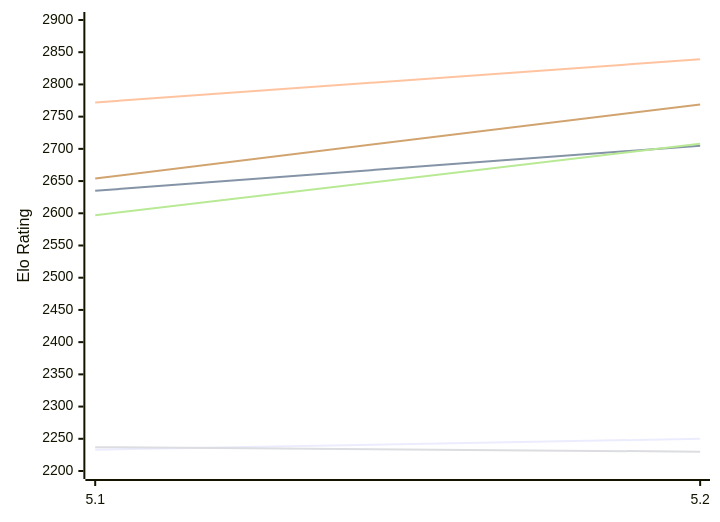
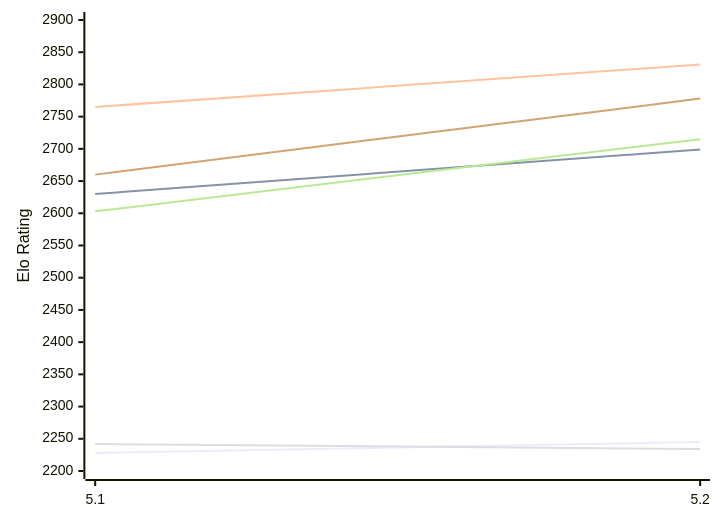
One commit to computer-chess-index/cci changed the first of 2 diagrams in engines/Dorky.md. Above: the diagram before and after it, drawn with Mermaid. The commit also changed other lines of this file, not shown here.

Commit message:
Update CCI Ratings (ELO VLTC) - 2026-11-18

````diff
--- a/engines/Dorky.md
+++ b/engines/Dorky.md
@@ -50,12 +50,12 @@
 ```mermaid
 %%{init: {"theme":"base","themeVariables":{"seriesColors:['#a3a3a3','#222221','#faa371']}}}%%
 xychart-beta
   x-axis ["5.1", "5.2"]
   y-axis "Elo Rating" 2200 --> 2900
-  line "E1: STC (8.0+0.08s)" [2233, 2250]
-  line "E1: LTC (60.0+0.60s)" [2635, 2705]
-  line "E1: VLTC (2m24s+1.12s)" [2772, 2839]
-  line "P1: STC (8.0+0.08s)" [2237, 2230]
-  line "P1: LTC (60.0+0.60s)" [2597, 2708]
-  line "P1: VLTC (2m24s+1.12s)" [2654, 2769]
+  line "E1: STC (8.0+0.08s)" [2228, 2245]
+  line "E1: LTC (60.0+0.60s)" [2630, 2699]
+  line "E1: VLTC (2m24s+1.12s)" [2765, 2831]
+  line "P1: STC (8.0+0.08s)" [2242, 2234]
+  line "P1: LTC (60.0+0.60s)" [2603, 2715]
+  line "P1: VLTC (2m24s+1.12s)" [2660, 2778]
 ```
````
